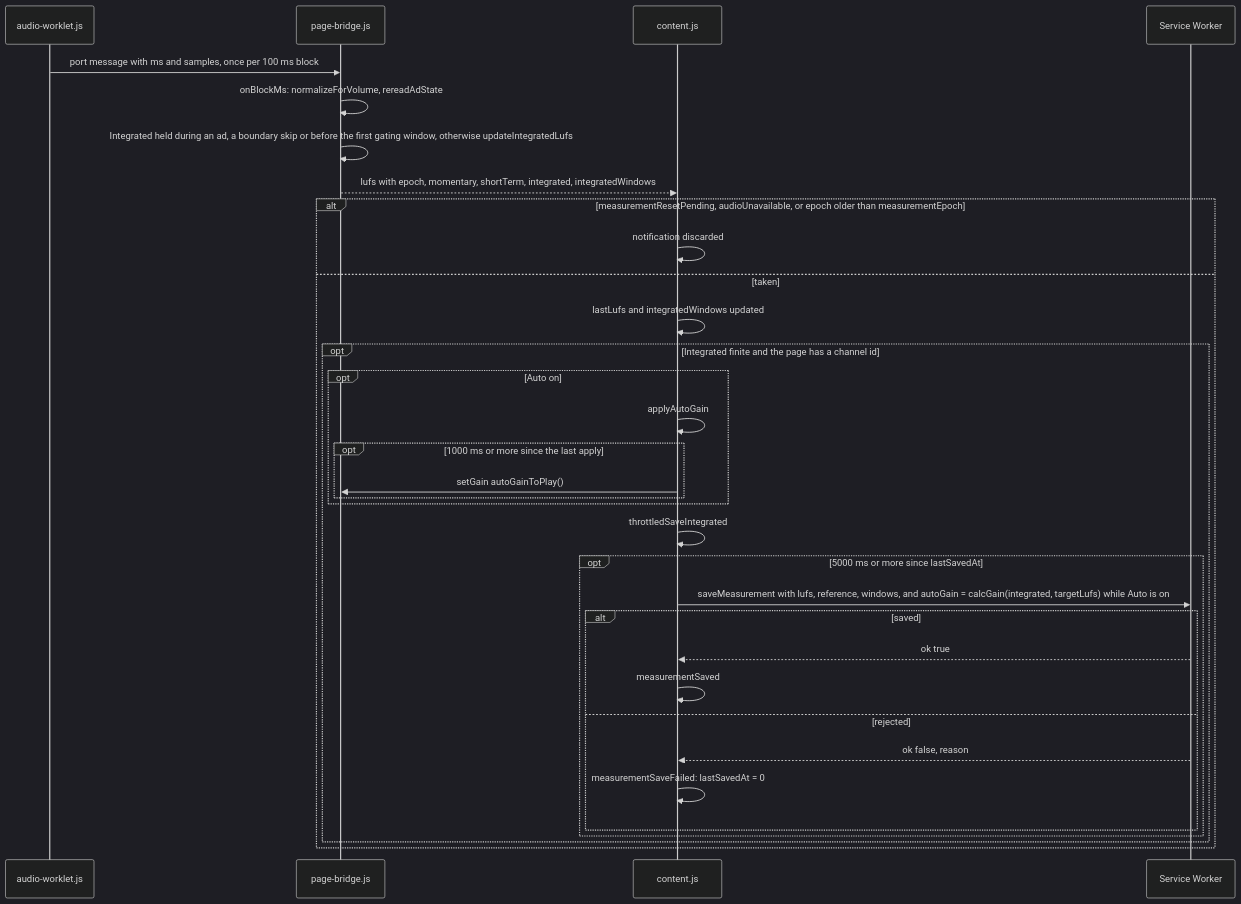
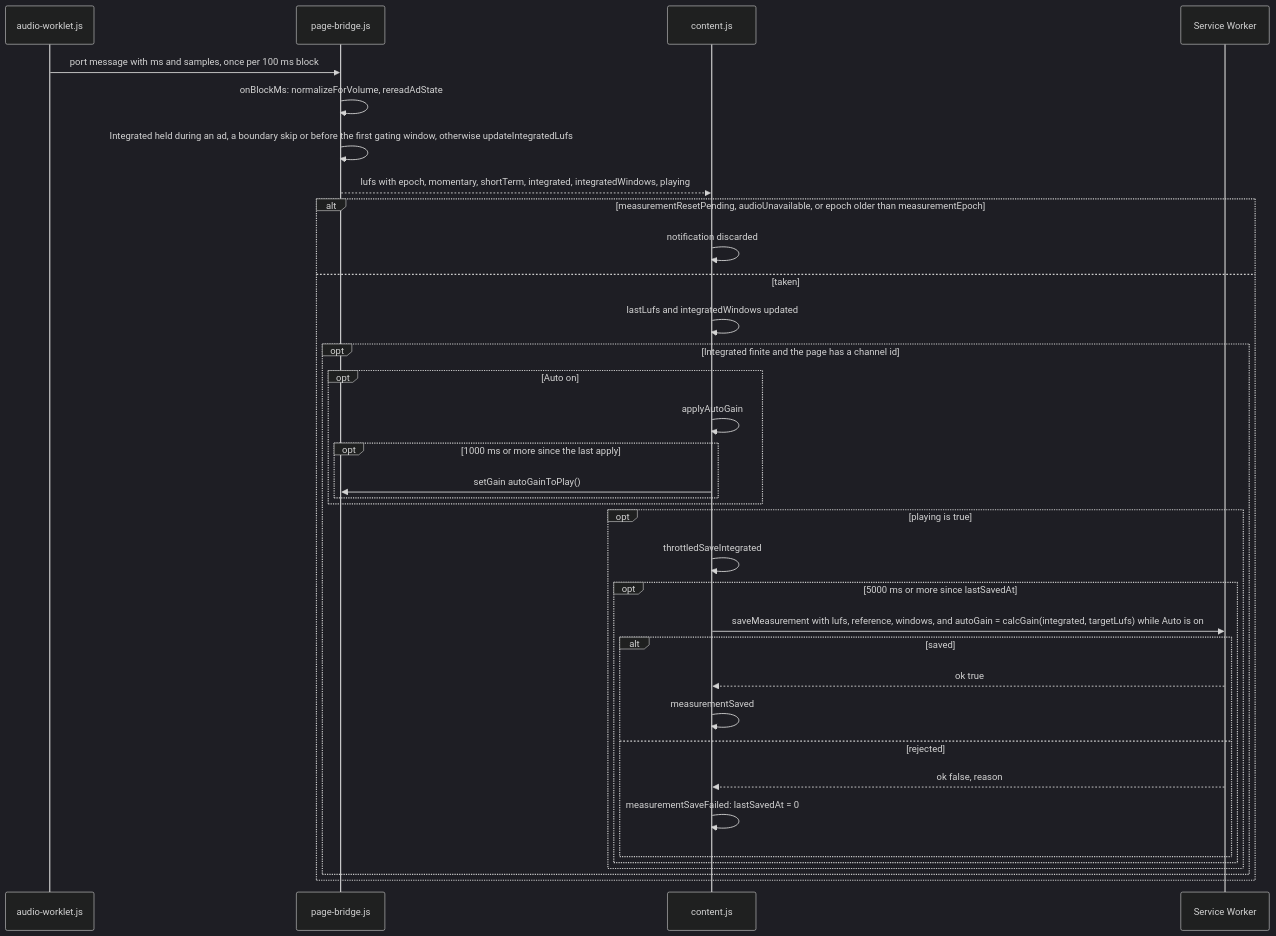
One commit to semnil/twitch-channel-volume changed the eighth of 17 diagrams in docs/gain-change-and-save.md. Above: the diagram before and after it, drawn with Mermaid (dark theme). The commit also changed other lines of this file and 5 other files, not shown here.

First line of the commit message:
fix: save a channel's measurement only from a tab whose player is playing

````diff
--- a/docs/gain-change-and-save.md
+++ b/docs/gain-change-and-save.md
@@ -344,35 +344,37 @@
 ```mermaid
 sequenceDiagram
   participant worklet as audio-worklet.js
   participant bridge as page-bridge.js
   participant content as content.js
   participant sw as Service Worker
   worklet->>bridge: port message with ms and samples, once per 100 ms block
   bridge->>bridge: onBlockMs: normalizeForVolume, rereadAdState
   bridge->>bridge: Integrated held during an ad, a boundary skip or before the first gating window, otherwise updateIntegratedLufs
-  bridge-->>content: lufs with epoch, momentary, shortTerm, integrated, integratedWindows
+  bridge-->>content: lufs with epoch, momentary, shortTerm, integrated, integratedWindows, playing
   alt measurementResetPending, audioUnavailable, or epoch older than measurementEpoch
     content->>content: notification discarded
   else taken
     content->>content: lastLufs and integratedWindows updated
     opt Integrated finite and the page has a channel id
       opt Auto on
         content->>content: applyAutoGain
         opt 1000 ms or more since the last apply
           content->>bridge: setGain autoGainToPlay()
         end
       end
-      content->>content: throttledSaveIntegrated
-      opt 5000 ms or more since lastSavedAt
-        content->>sw: saveMeasurement with lufs, reference, windows, and autoGain = calcGain(integrated, targetLufs) while Auto is on
-        alt saved
-          sw-->>content: ok true
-          content->>content: measurementSaved
-        else rejected
-          sw-->>content: ok false, reason
-          content->>content: measurementSaveFailed: lastSavedAt = 0
+      opt playing is true
+        content->>content: throttledSaveIntegrated
+        opt 5000 ms or more since lastSavedAt
+          content->>sw: saveMeasurement with lufs, reference, windows, and autoGain = calcGain(integrated, targetLufs) while Auto is on
+          alt saved
+            sw-->>content: ok true
+            content->>content: measurementSaved
+          else rejected
+            sw-->>content: ok false, reason
+            content->>content: measurementSaveFailed: lastSavedAt = 0
+          end
         end
       end
     end
   end
 ```
````
